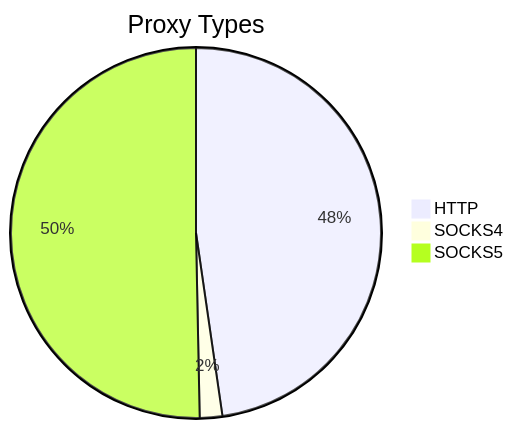
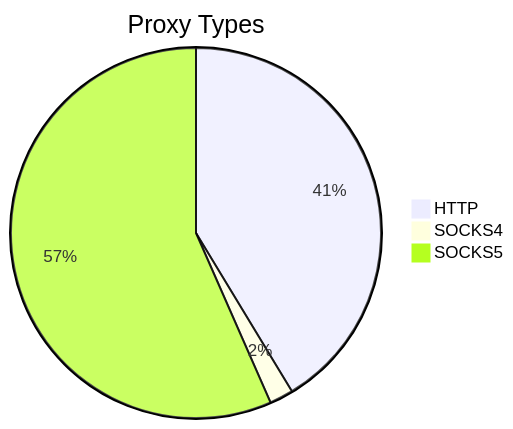
One commit to stormsia/proxy-list changed the first of 2 diagrams in README.md. Above: the diagram before and after it, drawn with Mermaid. The commit also changed other lines of this file, not shown here.

````diff
--- a/README.md
+++ b/README.md
@@ -21,6 +21,6 @@
 ```mermaid
 pie title Proxy Types
-    "HTTP" : 897
-    "SOCKS4" : 37
-    "SOCKS5" : 946
+    "HTTP" : 677
+    "SOCKS4" : 34
+    "SOCKS5" : 927
 ```
````
